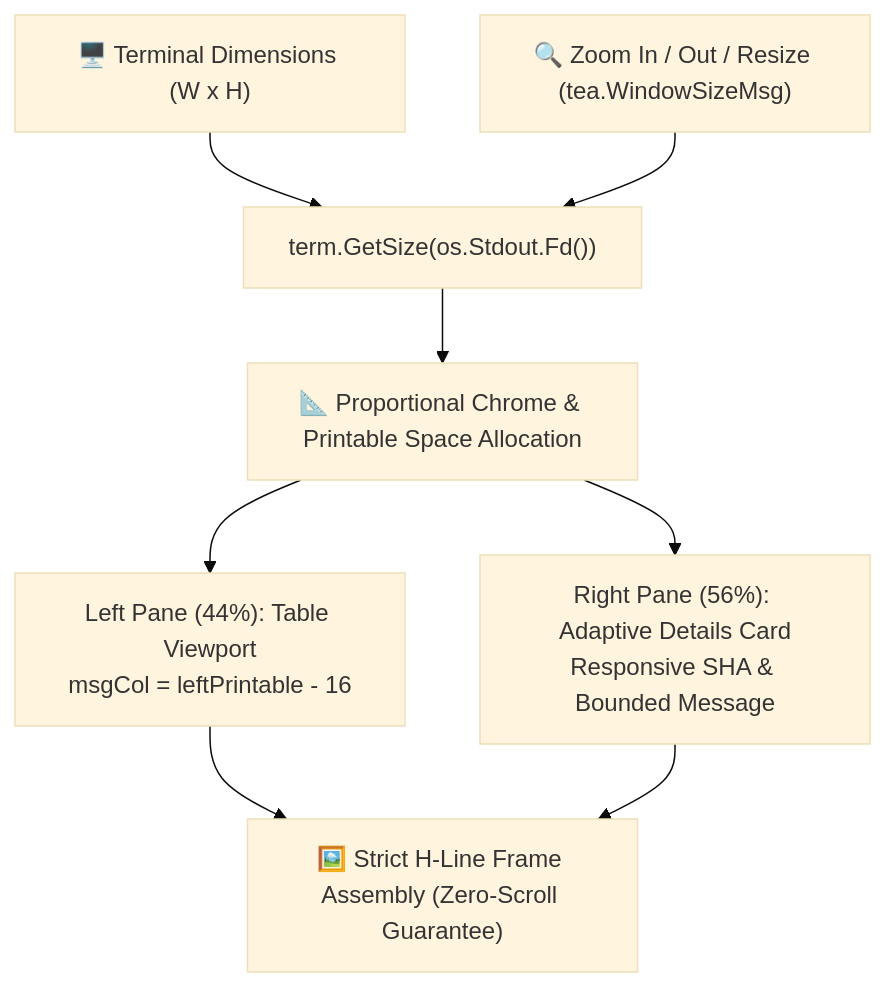
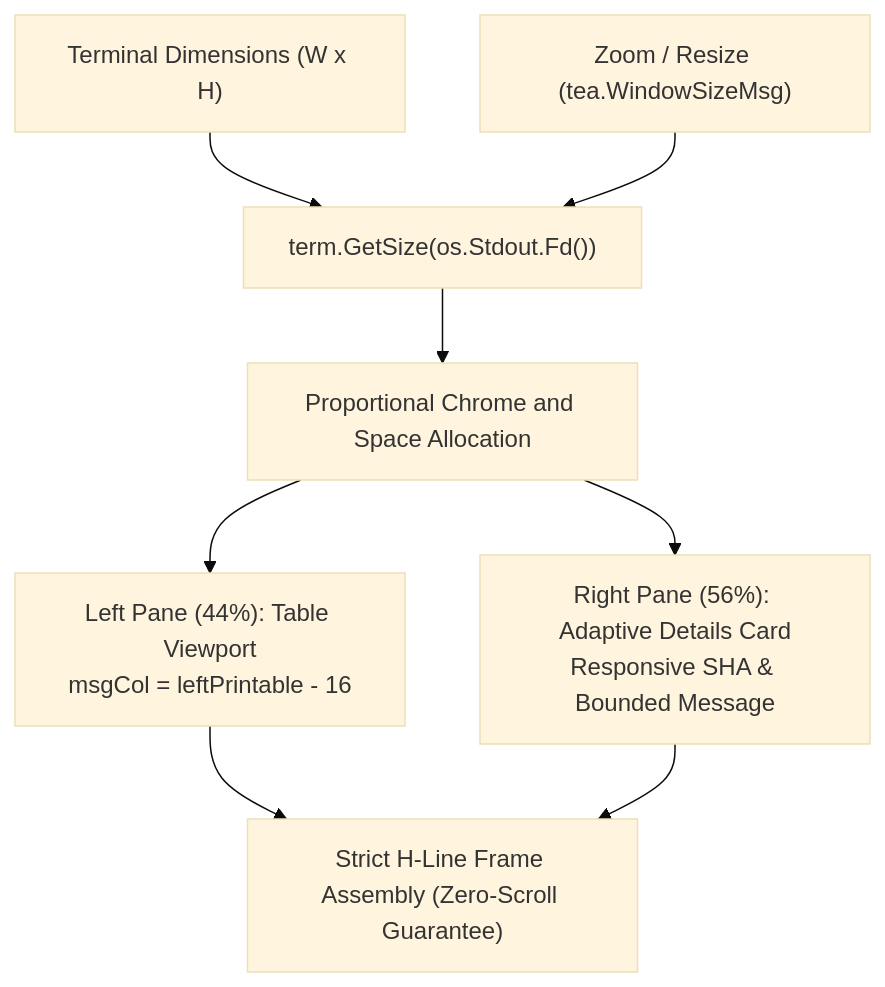
One commit to abhaysinh8/toolgit changed the fourth of 5 diagrams in docs/HOW_IT_WORKS.md. Above: the diagram before and after it, drawn with Mermaid (base theme). The commit also changed other lines of this file and 1 other file, not shown here.

Commit message:
docs: streamline README and architecture guide to professional open-source standard

````diff
--- a/docs/HOW_IT_WORKS.md
+++ b/docs/HOW_IT_WORKS.md
@@ -122,9 +123,9 @@
 ```mermaid
 graph TD
-    Term["🖥️ Terminal Dimensions (W x H)"] --> Detect["`term.GetSize(os.Stdout.Fd())`"]
-    Resize["🔍 Zoom In / Out / Resize (tea.WindowSizeMsg)"] --> Detect
-    Detect --> Calc["📐 Proportional Chrome & Printable Space Allocation"]
+    Term["Terminal Dimensions (W x H)"] --> Detect["term.GetSize(os.Stdout.Fd())"]
+    Resize["Zoom / Resize (tea.WindowSizeMsg)"] --> Detect
+    Detect --> Calc["Proportional Chrome and Space Allocation"]
     Calc --> Left["Left Pane (44%): Table Viewport<br/>msgCol = leftPrintable - 16"]
     Calc --> Right["Right Pane (56%): Adaptive Details Card<br/>Responsive SHA & Bounded Message"]
-    Left & Right --> Screen["🖼️ Strict H-Line Frame Assembly (Zero-Scroll Guarantee)"]
+    Left & Right --> Screen["Strict H-Line Frame Assembly (Zero-Scroll Guarantee)"]
 ```
````
